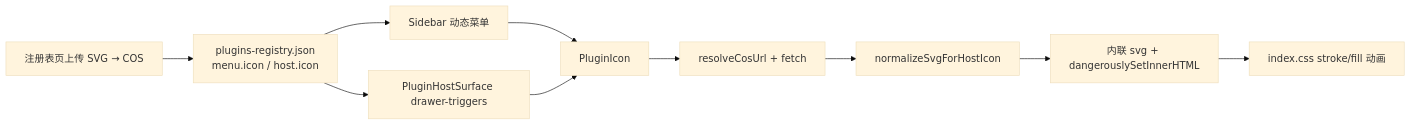
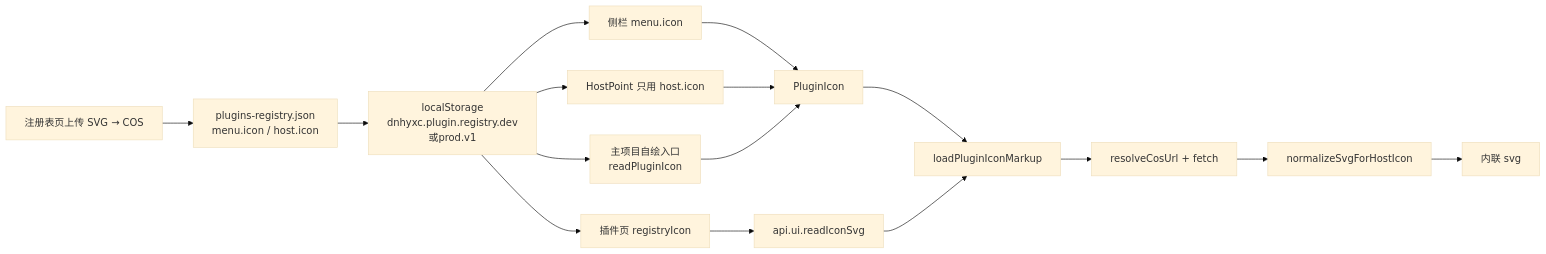
The diagram in packages/federation-kit/docs/implements-guide/插件图标.md (dnhyxc/dnhyxc-ai), drawn with Mermaid (base theme) before and after one commit. The commit also changed other lines of this file and 54 other files, not shown here.

````diff
--- a/packages/federation-kit/docs/implements-guide/插件图标.md
+++ b/packages/federation-kit/docs/implements-guide/插件图标.md
@@ -41,14 +43,20 @@
 ```mermaid
 flowchart LR
   U[注册表页上传 SVG → COS]
   R[plugins-registry.json<br/>menu.icon / host.icon]
   U --> R
-  R --> S[Sidebar 动态菜单]
-  R --> H[PluginHostSurface drawer-triggers]
+  R --> Cache[localStorage<br/>dnhyxc.plugin.registry.dev或prod.v1]
+  Cache --> S[侧栏 menu.icon]
+  Cache --> H[HostPoint 只用 host.icon]
+  Cache --> Self[主项目自绘入口<br/>readPluginIcon]
+  Cache --> Plug[插件页 registryIcon]
   S --> P[PluginIcon]
   H --> P
-  P --> F[resolveCosUrl + fetch]
+  Self --> P
+  P --> L[loadPluginIconMarkup]
+  Plug --> B[api.ui.readIconSvg]
+  B --> L
+  L --> F[resolveCosUrl + fetch]
   F --> N[normalizeSvgForHostIcon]
-  N --> I[内联 svg + dangerouslySetInnerHTML]
-  I --> C[index.css stroke/fill 动画]
+  N --> I[内联 svg]
 ```
````
